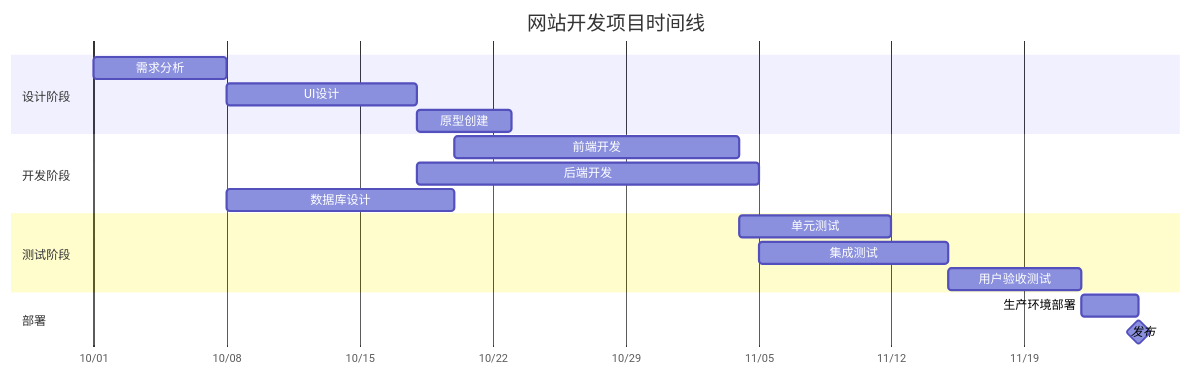
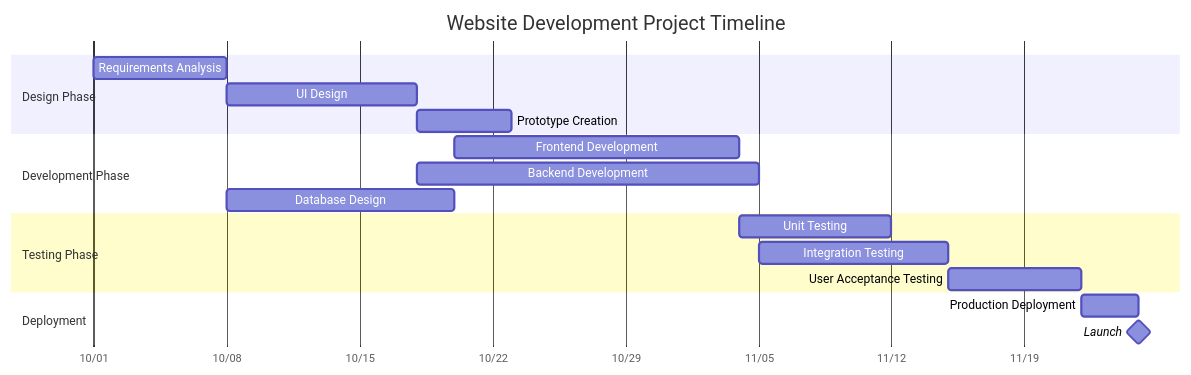
Before and after one commit to Erym03/lacorteblu.github.io: the third of 6 diagrams in src/content/posts/markdown-mermaid.md, drawn with Mermaid. The commit also changed other lines of this file and 572 other files, not shown here.

````diff
--- a/src/content/posts/markdown-mermaid.md
+++ b/src/content/posts/markdown-mermaid.md
@@ -75,25 +75,25 @@
 ```mermaid
 gantt
-    title 网站开发项目时间线
+    title Website Development Project Timeline
     dateFormat  YYYY-MM-DD
     axisFormat  %m/%d
     
-    section 设计阶段
-    需求分析      :a1, 2023-10-01, 7d
-    UI设计                 :a2, after a1, 10d
-    原型创建        :a3, after a2, 5d
+    section Design Phase
+    Requirements Analysis      :a1, 2023-10-01, 7d
+    UI Design                 :a2, after a1, 10d
+    Prototype Creation        :a3, after a2, 5d
     
-    section 开发阶段
-    前端开发      :b1, 2023-10-20, 15d
-    后端开发       :b2, after a2, 18d
-    数据库设计           :b3, after a1, 12d
+    section Development Phase
+    Frontend Development      :b1, 2023-10-20, 15d
+    Backend Development       :b2, after a2, 18d
+    Database Design           :b3, after a1, 12d
     
-    section 测试阶段
-    单元测试              :c1, after b1, 8d
-    集成测试       :c2, after b2, 10d
-    用户验收测试   :c3, after c2, 7d
+    section Testing Phase
+    Unit Testing              :c1, after b1, 8d
+    Integration Testing       :c2, after b2, 10d
+    User Acceptance Testing   :c3, after c2, 7d
     
-    section 部署
-    生产环境部署     :d1, after c3, 3d
-    发布                    :milestone, after d1, 0d
+    section Deployment
+    Production Deployment     :d1, after c3, 3d
+    Launch                    :milestone, after d1, 0d
 ```
````
